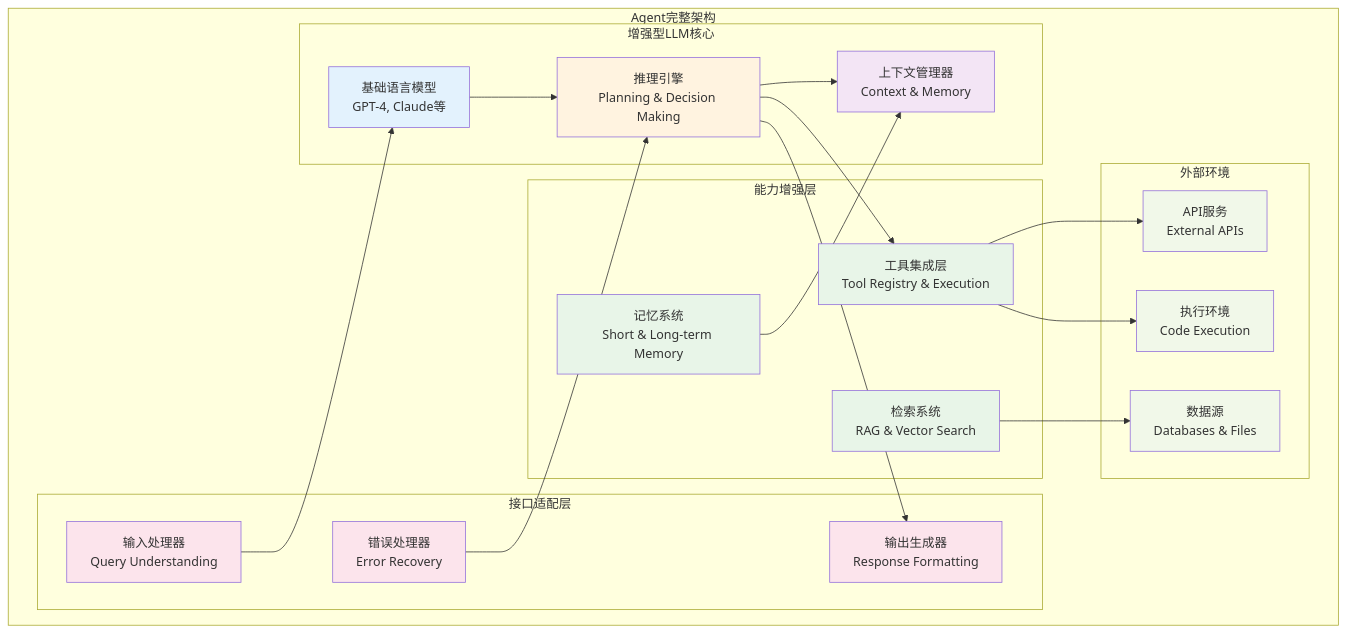
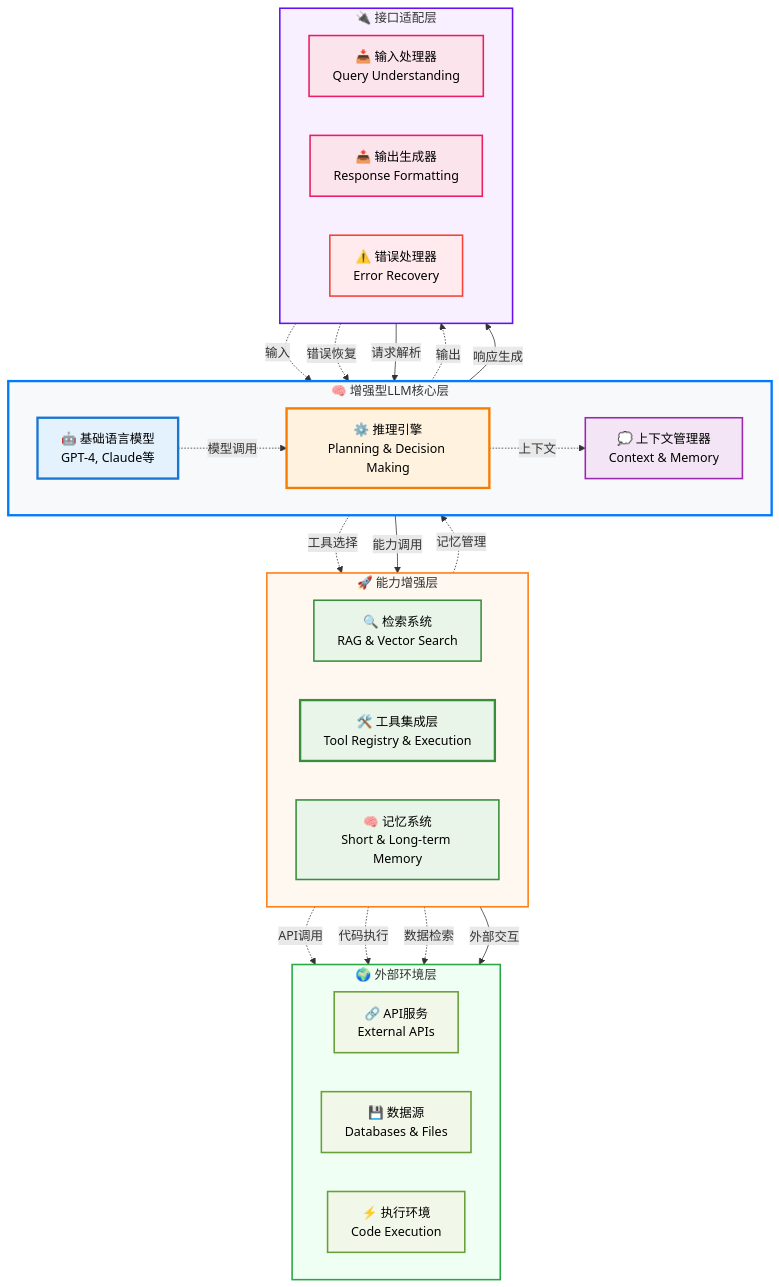
Before and after one commit to yxzf/claude-code-guide: the fourth of 8 diagrams in AI_Agent_完整入门指南.md, drawn with Mermaid. The commit also changed other lines of this file, not shown here.

First line of the commit message:
优化AI Agent文档图表视觉效果：线条、节点大小、连接样式全面提升

````diff
--- a/AI_Agent_完整入门指南.md
+++ b/AI_Agent_完整入门指南.md
@@ -406,52 +448,68 @@
 ```mermaid
 graph TB
-    subgraph "Agent完整架构"
-        subgraph "增强型LLM核心"
-            A[基础语言模型<br/>GPT-4, Claude等]
-            B[推理引擎<br/>Planning & Decision Making]
-            C[上下文管理器<br/>Context & Memory]
-        end
-        
-        subgraph "能力增强层"
-            D[检索系统<br/>RAG & Vector Search]
-            E[工具集成层<br/>Tool Registry & Execution]
-            F[记忆系统<br/>Short & Long-term Memory]
-        end
-        
-        subgraph "接口适配层"
-            G[输入处理器<br/>Query Understanding]
-            H[输出生成器<br/>Response Formatting]
-            I[错误处理器<br/>Error Recovery]
-        end
-        
-        subgraph "外部环境"
-            J[API服务<br/>External APIs]
-            K[数据源<br/>Databases & Files]
-            L[执行环境<br/>Code Execution]
-        end
+    subgraph CORE ["🧠 增强型LLM核心层"]
+        direction LR
+        A[🤖 基础语言模型<br/>GPT-4, Claude等]
+        B[⚙️ 推理引擎<br/>Planning & Decision Making]
+        C[💭 上下文管理器<br/>Context & Memory]
     end
     
-    A --> B
-    B --> C
-    B --> E
-    E --> J
-    E --> L
-    D --> K
-    F --> C
-    G --> A
-    B --> H
-    I --> B
+    subgraph ENHANCE ["🚀 能力增强层"]
+        direction LR
+        D[🔍 检索系统<br/>RAG & Vector Search]
+        E[🛠️ 工具集成层<br/>Tool Registry & Execution]
+        F[🧠 记忆系统<br/>Short & Long-term Memory]
+    end
     
-    style A fill:#e3f2fd
-    style B fill:#fff3e0
-    style C fill:#f3e5f5
-    style D fill:#e8f5e8
-    style E fill:#e8f5e8
-    style F fill:#e8f5e8
-    style G fill:#fce4ec
-    style H fill:#fce4ec
-    style I fill:#fce4ec
-    style J fill:#f1f8e9
-    style K fill:#f1f8e9
-    style L fill:#f1f8e9
+    subgraph INTERFACE ["🔌 接口适配层"]
+        direction LR
+        G[📥 输入处理器<br/>Query Understanding]
+        H[📤 输出生成器<br/>Response Formatting]
+        I[⚠️ 错误处理器<br/>Error Recovery]
+    end
+    
+    subgraph EXTERNAL ["🌍 外部环境层"]
+        direction LR
+        J[🔗 API服务<br/>External APIs]
+        K[💾 数据源<br/>Databases & Files]
+        L[⚡ 执行环境<br/>Code Execution]
+    end
+    
+    %% 层间连接
+    INTERFACE -->|请求解析| CORE
+    CORE -->|能力调用| ENHANCE
+    ENHANCE -->|外部交互| EXTERNAL
+    CORE -->|响应生成| INTERFACE
+    
+    %% 内部连接
+    A -.->|模型调用| B
+    B -.->|上下文| C
+    B -.->|工具选择| E
+    E -.->|API调用| J
+    E -.->|代码执行| L
+    D -.->|数据检索| K
+    F -.->|记忆管理| C
+    G -.->|输入| A
+    B -.->|输出| H
+    I -.->|错误恢复| B
+    
+    %% 样式定义
+    style A fill:#e3f2fd,stroke:#1976d2,stroke-width:3px,color:#000
+    style B fill:#fff3e0,stroke:#f57c00,stroke-width:3px,color:#000
+    style C fill:#f3e5f5,stroke:#9c27b0,stroke-width:2px,color:#000
+    style D fill:#e8f5e8,stroke:#388e3c,stroke-width:2px,color:#000
+    style E fill:#e8f5e8,stroke:#388e3c,stroke-width:3px,color:#000
+    style F fill:#e8f5e8,stroke:#388e3c,stroke-width:2px,color:#000
+    style G fill:#fce4ec,stroke:#e91e63,stroke-width:2px,color:#000
+    style H fill:#fce4ec,stroke:#e91e63,stroke-width:2px,color:#000
+    style I fill:#ffebee,stroke:#f44336,stroke-width:2px,color:#000
+    style J fill:#f1f8e9,stroke:#689f38,stroke-width:2px,color:#000
+    style K fill:#f1f8e9,stroke:#689f38,stroke-width:2px,color:#000
+    style L fill:#f1f8e9,stroke:#689f38,stroke-width:2px,color:#000
+    
+    %% 子图样式
+    style CORE fill:#f8f9fa,stroke:#007bff,stroke-width:3px
+    style ENHANCE fill:#fff8f0,stroke:#fd7e14,stroke-width:2px
+    style INTERFACE fill:#f8f0ff,stroke:#6610f2,stroke-width:2px
+    style EXTERNAL fill:#f0fff4,stroke:#28a745,stroke-width:2px
 ```
````
